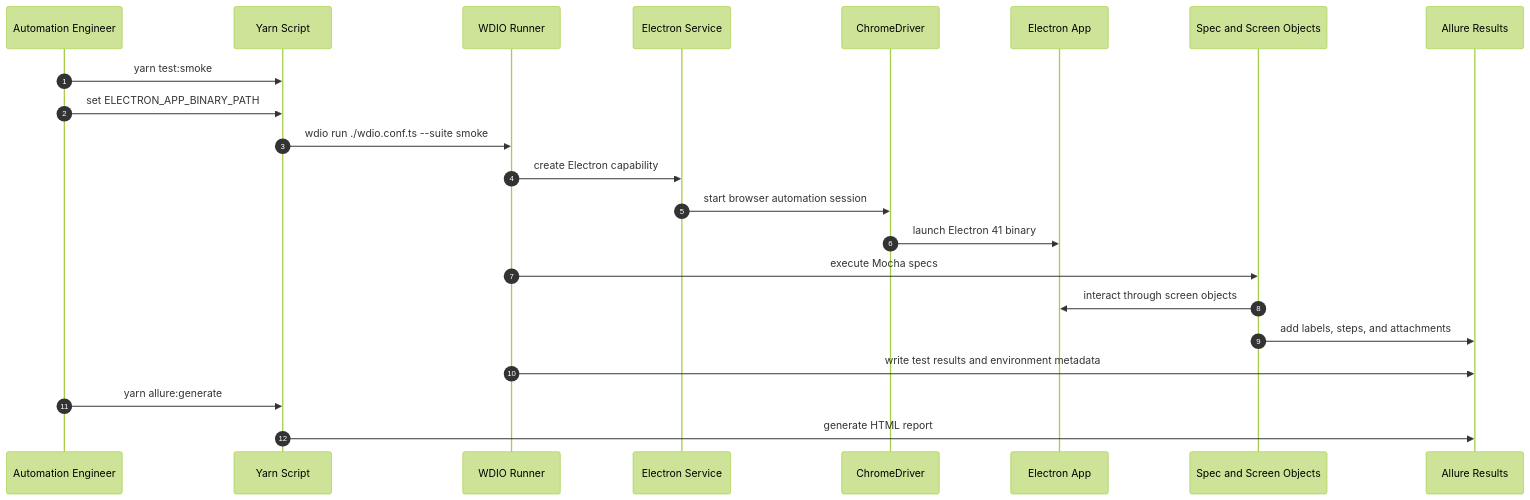
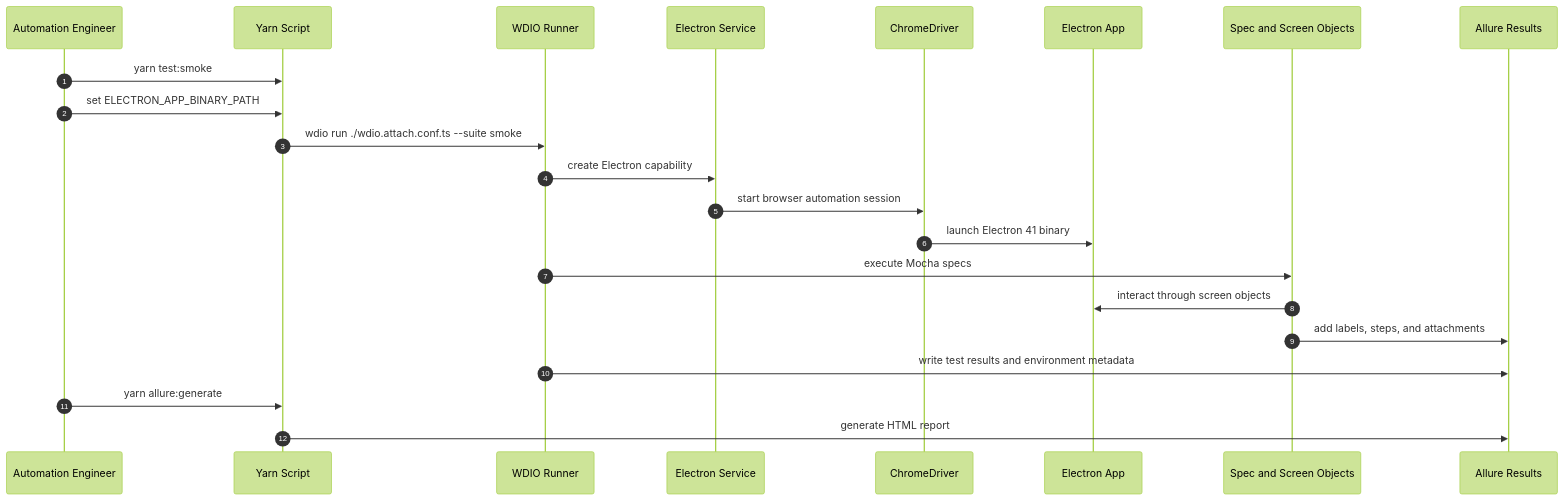
Before and after one commit to bek4466/WDIO-electron-framework: the second of 6 diagrams in docs/confluence/architecture-diagrams.md, drawn with Mermaid (forest theme). The commit also changed 8 other files, not shown here.

````diff
--- a/docs/confluence/architecture-diagrams.md
+++ b/docs/confluence/architecture-diagrams.md
@@ -56,25 +56,25 @@
 ```mermaid
 sequenceDiagram
   autonumber
   participant Engineer as Automation Engineer
   participant Yarn as Yarn Script
   participant WDIO as WDIO Runner
   participant Service as Electron Service
   participant Driver as ChromeDriver
   participant App as Electron App
   participant Spec as Spec and Screen Objects
   participant Allure as Allure Results
 
   Engineer->>Yarn: yarn test:smoke
   Engineer->>Yarn: set ELECTRON_APP_BINARY_PATH
-  Yarn->>WDIO: wdio run ./wdio.conf.ts --suite smoke
+  Yarn->>WDIO: wdio run ./wdio.attach.conf.ts --suite smoke
   WDIO->>Service: create Electron capability
   Service->>Driver: start browser automation session
   Driver->>App: launch Electron 41 binary
   WDIO->>Spec: execute Mocha specs
   Spec->>App: interact through screen objects
   Spec->>Allure: add labels, steps, and attachments
   WDIO->>Allure: write test results and environment metadata
   Engineer->>Yarn: yarn allure:generate
   Yarn->>Allure: generate HTML report
 ```
````
